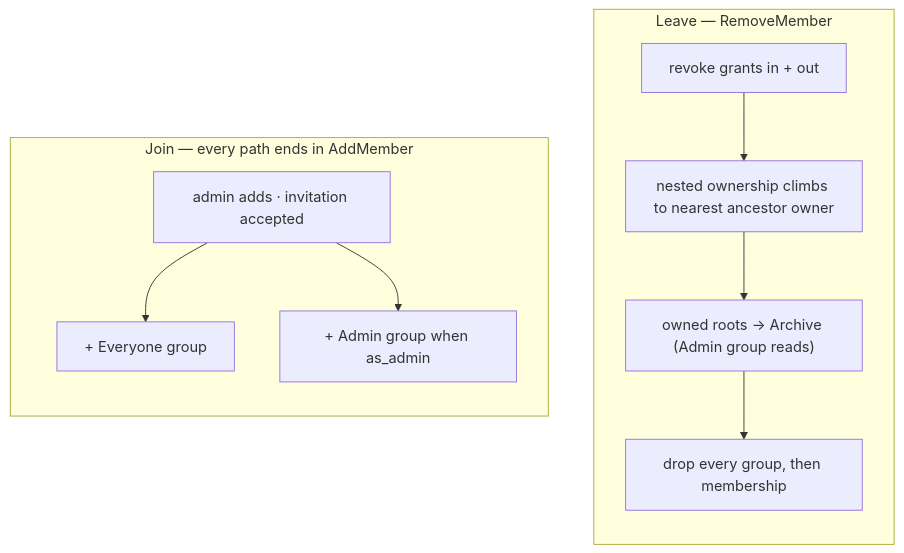
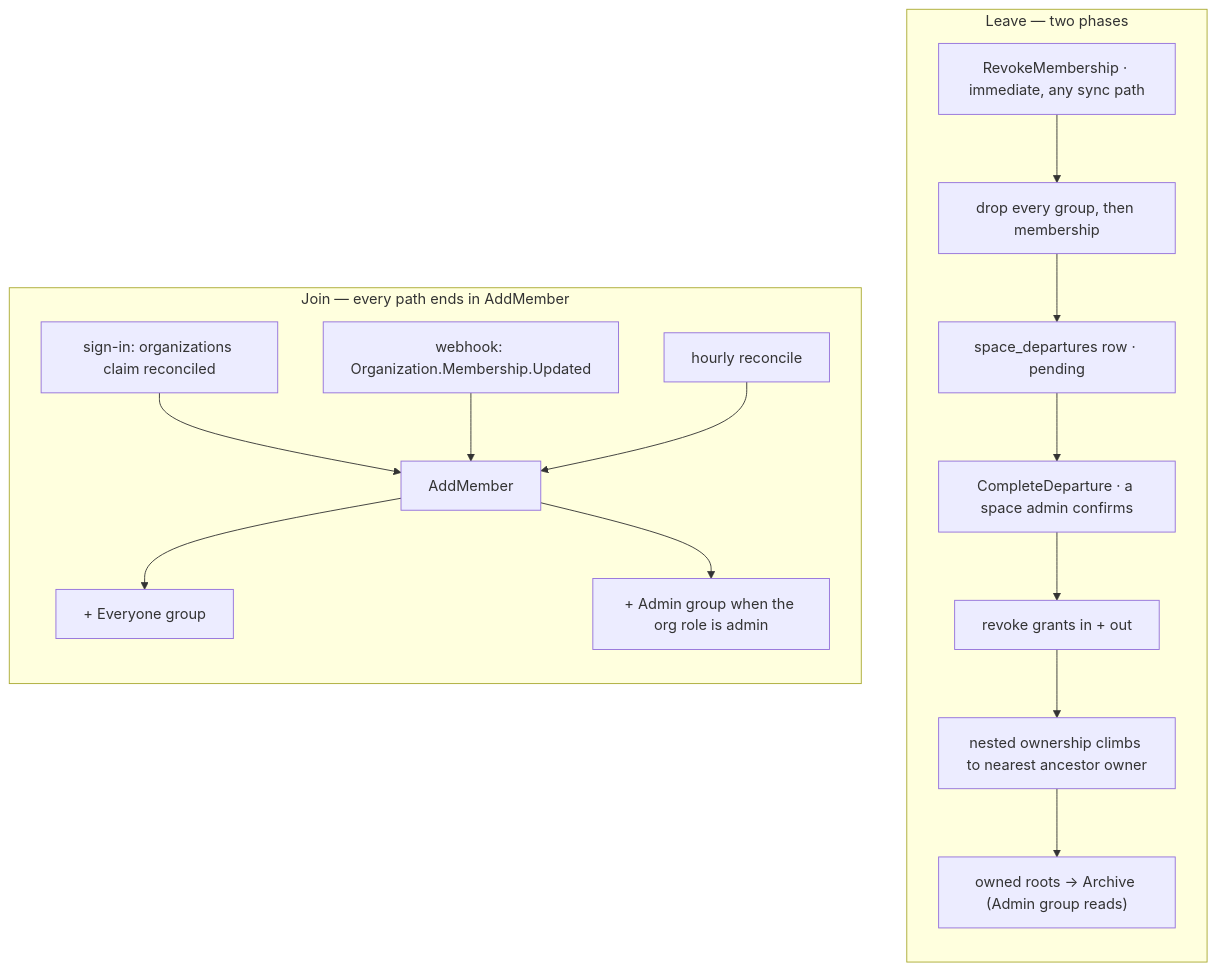
The second of 2 diagrams in docs/architecture/permissions.md (pp-techs/pp-hub), drawn with Mermaid before and after one commit. The commit also changed other lines of this file and 67 other files, not shown here.

First line of the commit message:
feat(auth): mirror space membership from Logto organizations

````diff
--- a/docs/architecture/permissions.md
+++ b/docs/architecture/permissions.md
@@ -581,18 +619,27 @@
 ```mermaid
 flowchart LR
     subgraph JOIN["Join — every path ends in AddMember"]
-        J1["admin adds · invitation accepted"]
+        S1["sign-in: organizations claim reconciled"]
+        S2["webhook: Organization.Membership.Updated"]
+        S3["hourly reconcile"]
+        AM["AddMember"]
         J2["+ Everyone group"]
-        J3["+ Admin group when as_admin"]
-        J1 --> J2
-        J1 --> J3
+        J3["+ Admin group when the org role is admin"]
+        S1 --> AM
+        S2 --> AM
+        S3 --> AM
+        AM --> J2
+        AM --> J3
     end
-    subgraph LEAVE["Leave — RemoveMember"]
+    subgraph LEAVE["Leave — two phases"]
+        L0["RevokeMembership · immediate, any sync path"]
+        L4["drop every group, then membership"]
+        DEP["space_departures row · pending"]
+        CD["CompleteDeparture · a space admin confirms"]
         L1["revoke grants in + out"]
         L2["nested ownership climbs to nearest ancestor owner"]
         L3["owned roots → Archive (Admin group reads)"]
-        L4["drop every group, then membership"]
-        L1 --> L2 --> L3 --> L4
+        L0 --> L4 --> DEP --> CD --> L1 --> L2 --> L3
     end
     JOIN ~~~ LEAVE
 ```
````
